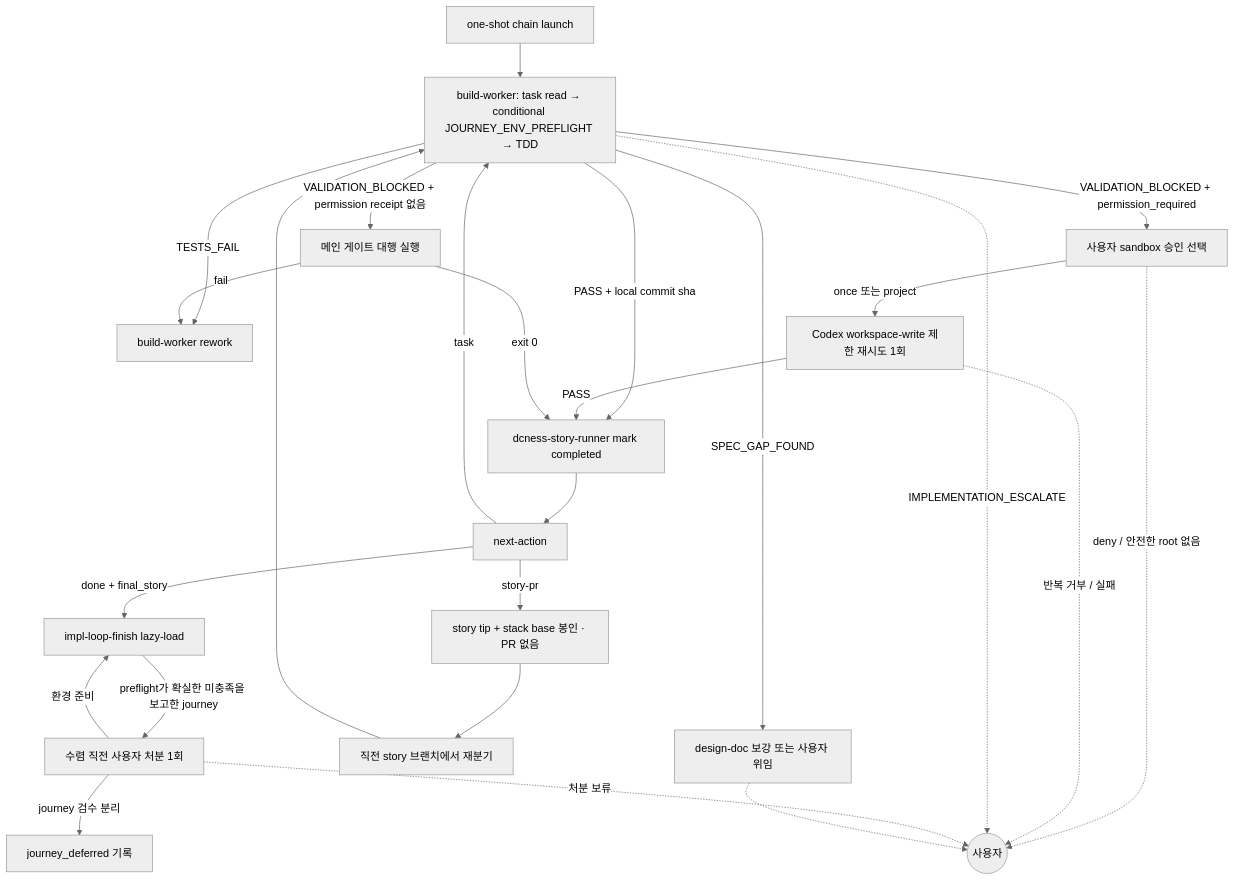
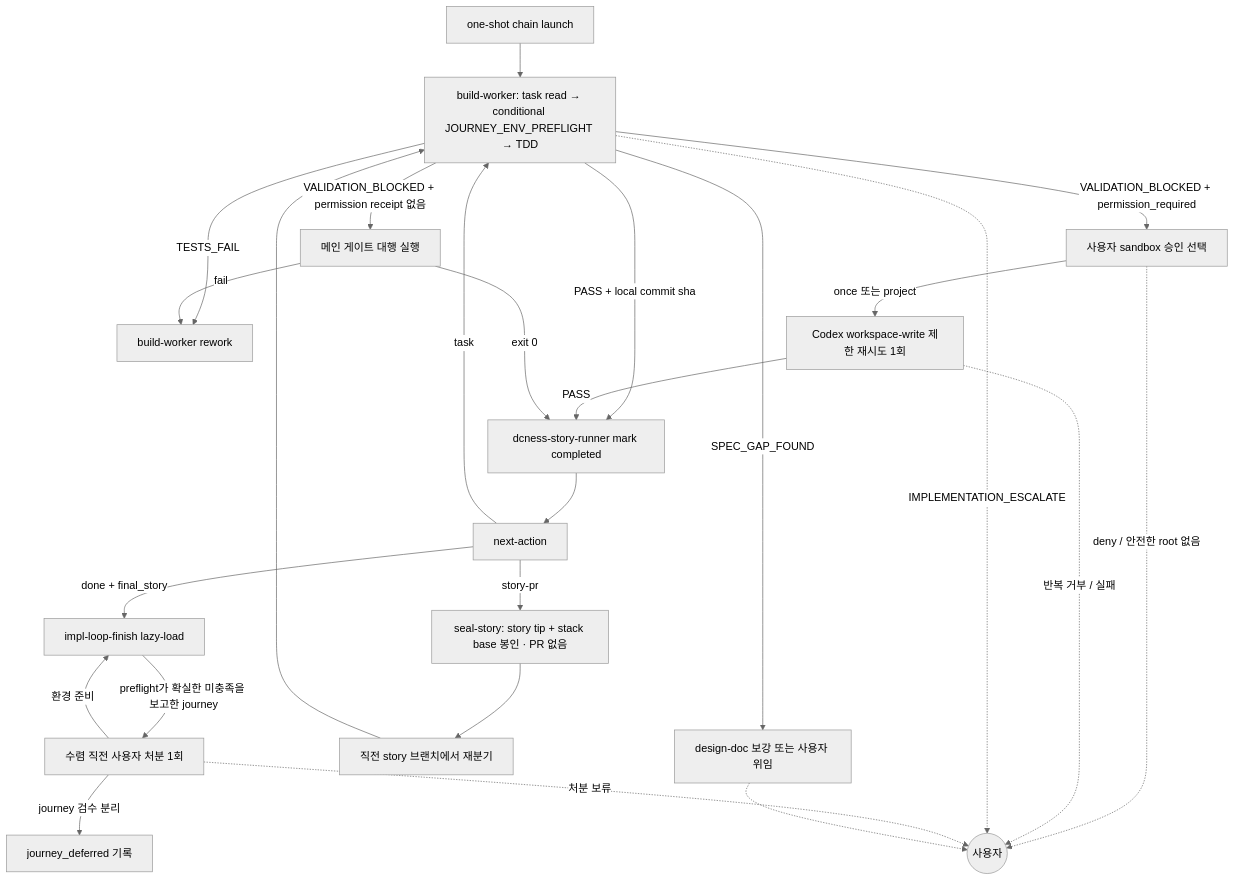
The diagram in skills/impl-loop/impl-loop-routing.md (Daeguk-Sun/dcNess), drawn with Mermaid (neutral theme) before and after one commit. The commit also changed other lines of this file and 6 other files, not shown here.

````diff
--- a/skills/impl-loop/impl-loop-routing.md
+++ b/skills/impl-loop/impl-loop-routing.md
@@ -14,27 +14,27 @@
 ```mermaid
 flowchart TB
   START[one-shot chain launch] --> BW[build-worker: task read → conditional JOURNEY_ENV_PREFLIGHT → TDD]
   BW -->|PASS + local commit sha| MARK[dcness-story-runner mark completed]
   BW -->|SPEC_GAP_FOUND| REWORK[design-doc 보강 또는 사용자 위임]
   BW -->|TESTS_FAIL| RETRY[build-worker rework]
   BW -->|VALIDATION_BLOCKED + permission_required| APPROVAL[사용자 sandbox 승인 선택]
   APPROVAL -->|once 또는 project| PRETRY[Codex workspace-write 제한 재시도 1회]
   APPROVAL -.->|deny / 안전한 root 없음| USER
   PRETRY -->|PASS| MARK
   PRETRY -.->|반복 거부 / 실패| USER
   BW -->|VALIDATION_BLOCKED + permission receipt 없음| GATE[메인 게이트 대행 실행]
   GATE -->|exit 0| MARK
   GATE -->|fail| RETRY
   MARK --> NEXT[next-action]
   NEXT -->|task| BW
-  NEXT -->|story-pr| SPR[story tip + stack base 봉인 · PR 없음]
+  NEXT -->|story-pr| SPR[seal-story: story tip + stack base 봉인 · PR 없음]
   SPR --> REBRANCH[직전 story 브랜치에서 재분기]
   REBRANCH --> BW
   NEXT -->|done + final_story| FINISH[impl-loop-finish lazy-load]
   FINISH -->|preflight가 확실한 미충족을 보고한 journey| ENVUSER[수렴 직전 사용자 처분 1회]
   ENVUSER -->|환경 준비| FINISH
   ENVUSER -->|journey 검수 분리| DEFER[journey_deferred 기록]
   BW -.->|IMPLEMENTATION_ESCALATE| USER((사용자))
   ENVUSER -.->|처분 보류| USER
   REWORK -.-> USER
 ```
````
